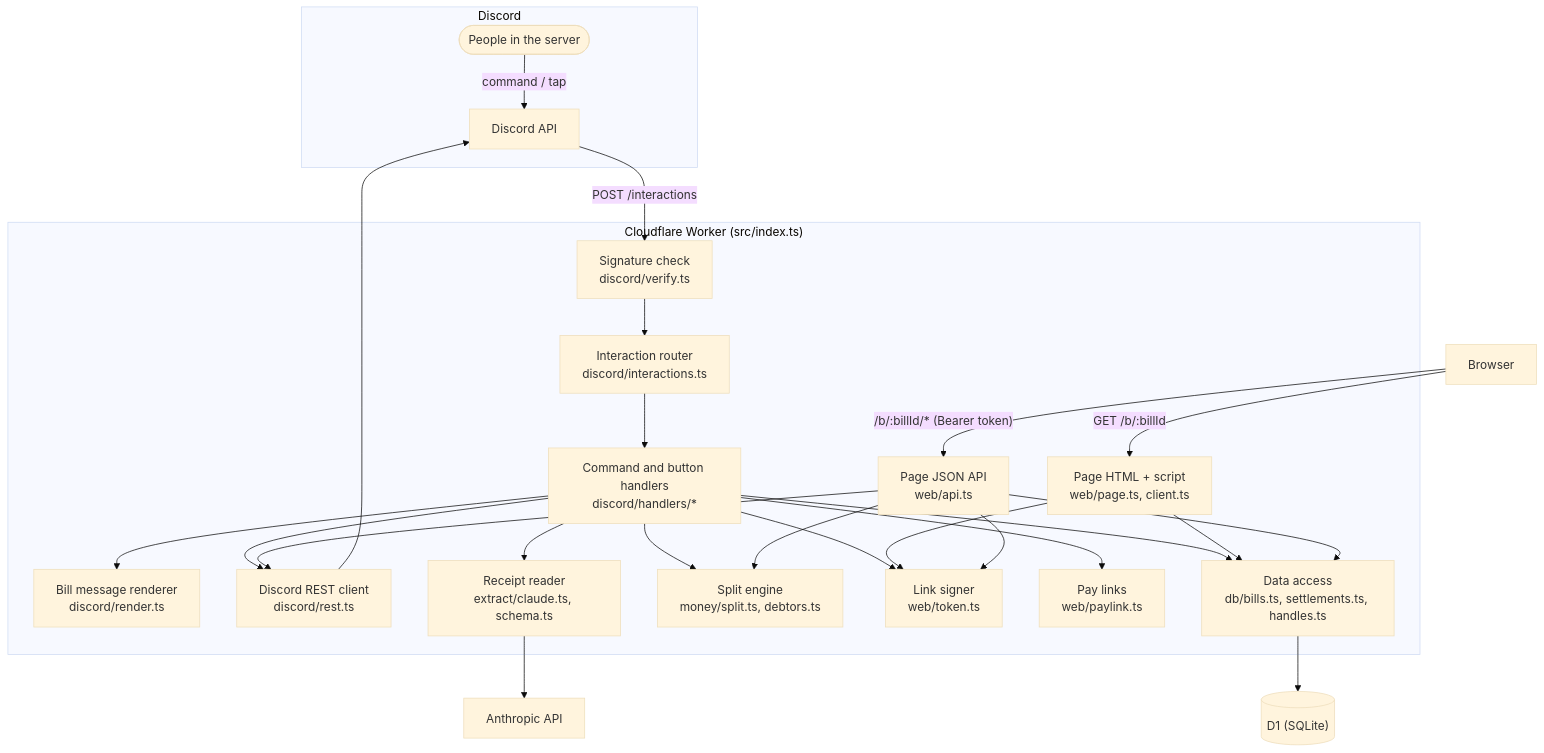
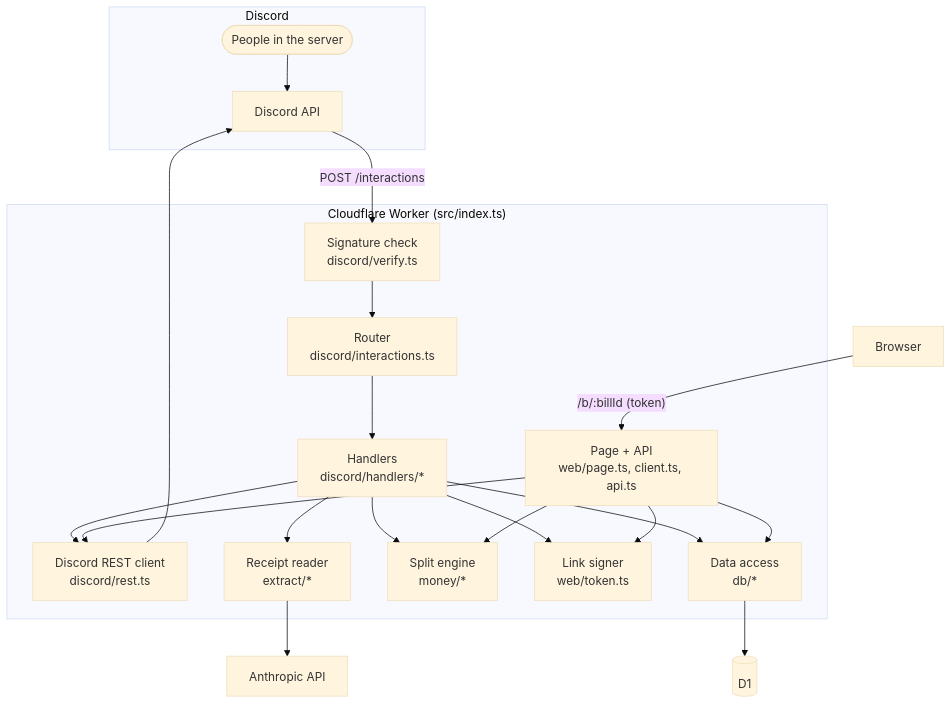
One commit to gavinlin24/aazhi changed the first of 2 diagrams in docs/architecture.md. Above: the diagram before and after it, drawn with Mermaid (base theme). The commit also changed other lines of this file and 2 other files, not shown here.

First line of the commit message:
docs: cut the readme and architecture doc down to size

````diff
--- a/docs/architecture.md
+++ b/docs/architecture.md
@@ -42,45 +17,34 @@
 ```mermaid
 flowchart TB
   subgraph discordside["Discord"]
     users(["People in the server"])
     dapi["Discord API"]
   end
-
   subgraph worker["Cloudflare Worker (src/index.ts)"]
     verify["Signature check<br/>discord/verify.ts"]
-    router["Interaction router<br/>discord/interactions.ts"]
-    handlers["Command and button handlers<br/>discord/handlers/*"]
-    render["Bill message renderer<br/>discord/render.ts"]
+    router["Router<br/>discord/interactions.ts"]
+    handlers["Handlers<br/>discord/handlers/*"]
     rest["Discord REST client<br/>discord/rest.ts"]
-    extract["Receipt reader<br/>extract/claude.ts, schema.ts"]
-    money["Split engine<br/>money/split.ts, debtors.ts"]
+    extract["Receipt reader<br/>extract/*"]
+    money["Split engine<br/>money/*"]
     token["Link signer<br/>web/token.ts"]
-    page["Page HTML + script<br/>web/page.ts, client.ts"]
-    api["Page JSON API<br/>web/api.ts"]
-    paylink["Pay links<br/>web/paylink.ts"]
-    db["Data access<br/>db/bills.ts, settlements.ts, handles.ts"]
+    page["Page + API<br/>web/page.ts, client.ts, api.ts"]
+    db["Data access<br/>db/*"]
   end
-
-  d1[("D1 (SQLite)")]
+  d1[("D1")]
   anthropic["Anthropic API"]
   browser["Browser"]
 
-  users -- "command / tap" --> dapi
-  dapi -- "POST /interactions" --> verify --> router --> handlers
+  users --> dapi -- "POST /interactions" --> verify --> router --> handlers
   handlers --> extract --> anthropic
-  handlers --> render
   handlers --> rest --> dapi
   handlers --> token
-  handlers --> paylink
   handlers --> money
   handlers --> db
-  browser -- "GET /b/:billId" --> page
+  browser -- "/b/:billId (token)" --> page
   page --> token
+  page --> money
   page --> db
-  browser -- "/b/:billId/* (Bearer token)" --> api
-  api --> token
-  api --> money
-  api --> db
-  api --> rest
+  page --> rest
   db --> d1
 ```
````
